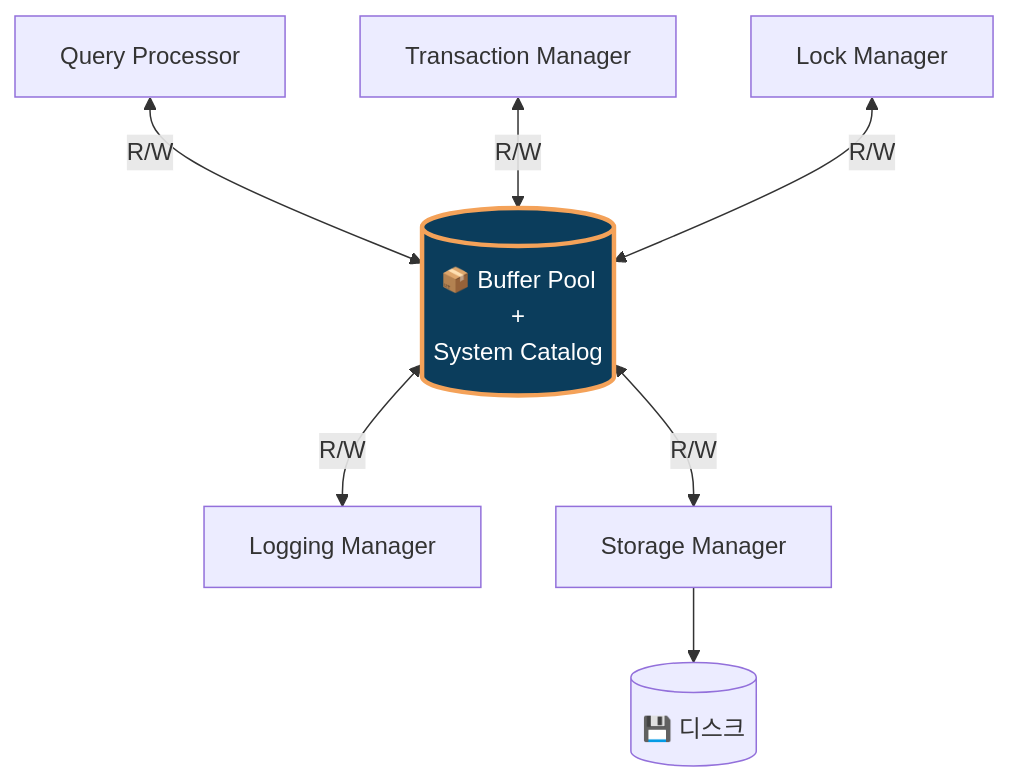
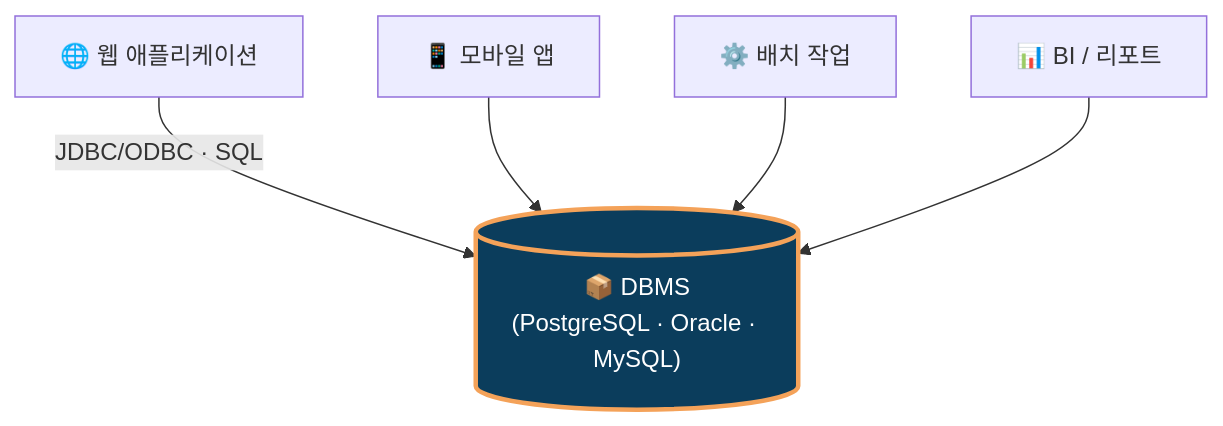
The fifth of 6 diagrams in SW아키텍처설계_2604_양광모.md (slipknot-yang/sw-architecture), drawn with Mermaid before and after one commit. The commit also changed other lines of this file, not shown here.

````diff
--- a/SW아키텍처설계_2604_양광모.md
+++ b/SW아키텍처설계_2604_양광모.md
@@ -210,19 +209,15 @@
 ```mermaid
 flowchart TB
-    QP[Query Processor]
-    TM[Transaction Manager]
-    LM[Lock Manager]
-    LG[Logging Manager]
-    SM[Storage Manager]
+    APP1["🌐 웹 애플리케이션"]
+    APP2["📱 모바일 앱"]
+    APP3["⚙️ 배치 작업"]
+    APP4["📊 BI / 리포트"]
+    DB[("📦 DBMS<br/>(PostgreSQL · Oracle · MySQL)")]
 
-    QP <-->|R/W| BP
-    TM <-->|R/W| BP
-    LM <-->|R/W| BP
-    BP <-->|R/W| LG
-    BP <-->|R/W| SM
+    APP1 -->|JDBC/ODBC · SQL| DB
+    APP2 --> DB
+    APP3 --> DB
+    APP4 --> DB
 
-    BP[("📦 Buffer Pool<br/>+<br/>System Catalog")]
-    SM --> DISK[("💾 디스크")]
-
-    style BP fill:#0B3D5C,color:#fff,stroke:#F4A259,stroke-width:3px
+    style DB fill:#0B3D5C,color:#fff,stroke:#F4A259,stroke-width:3px
 ```
````
